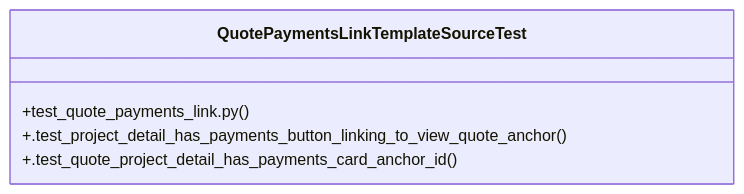
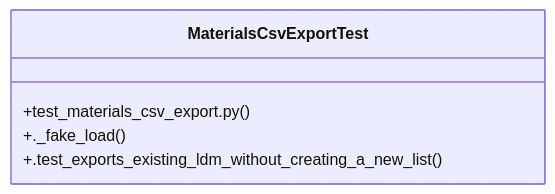
Before and after one commit to Daftrick/ProjectTracker: the diagram in graphify-out/wiki/Community_41.md, drawn with Mermaid. The commit also changed other lines of this file and 495 other files, not shown here.

````diff
--- a/graphify-out/wiki/Community_41.md
+++ b/graphify-out/wiki/Community_41.md
@@ -15,8 +16,8 @@
 ```mermaid
 classDiagram
-    class QuotePaymentsLinkTemplateSourceTest {
-        +test_quote_payments_link.py()
-        +.test_project_detail_has_payments_button_linking_to_view_quote_anchor()
-        +.test_quote_project_detail_has_payments_card_anchor_id()
+    class MaterialsCsvExportTest {
+        +test_materials_csv_export.py()
+        +._fake_load()
+        +.test_exports_existing_ldm_without_creating_a_new_list()
     }
 ```
````
